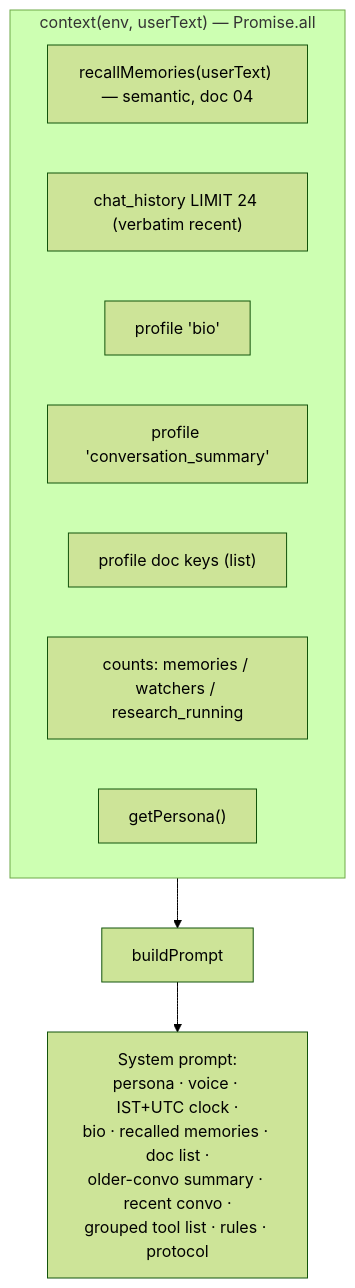
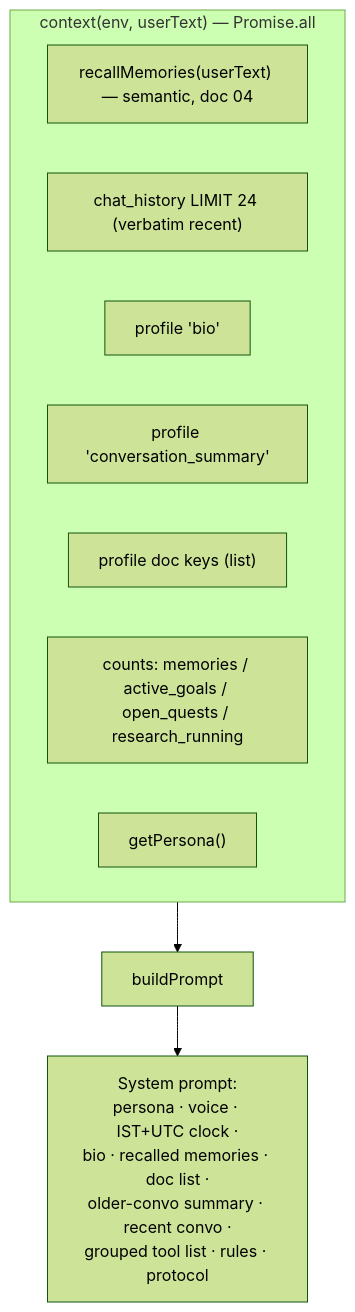
Before and after one commit to saquibjawedbit/grabber: the third of 5 diagrams in docs/03-agent.md, drawn with Mermaid (forest theme). The commit also changed other lines of this file and 25 other files, not shown here.

````diff
--- a/docs/03-agent.md
+++ b/docs/03-agent.md
@@ -78,14 +78,14 @@
 ```mermaid
 flowchart TB
   subgraph context["context(env, userText) — Promise.all"]
     c1["recallMemories(userText) — semantic, doc 04"]
     c2["chat_history LIMIT 24 (verbatim recent)"]
     c3["profile 'bio'"]
     c4["profile 'conversation_summary'"]
     c5["profile doc keys (list)"]
-    c6["counts: memories / watchers / research_running"]
+    c6["counts: memories / active_goals / open_quests / research_running"]
     c7["getPersona()"]
   end
   context --> prompt["buildPrompt"]
   prompt --> P["System prompt:\npersona · voice · IST+UTC clock ·\nbio · recalled memories · doc list ·\nolder-convo summary · recent convo ·\ngrouped tool list · rules · protocol"]
 ```
````
